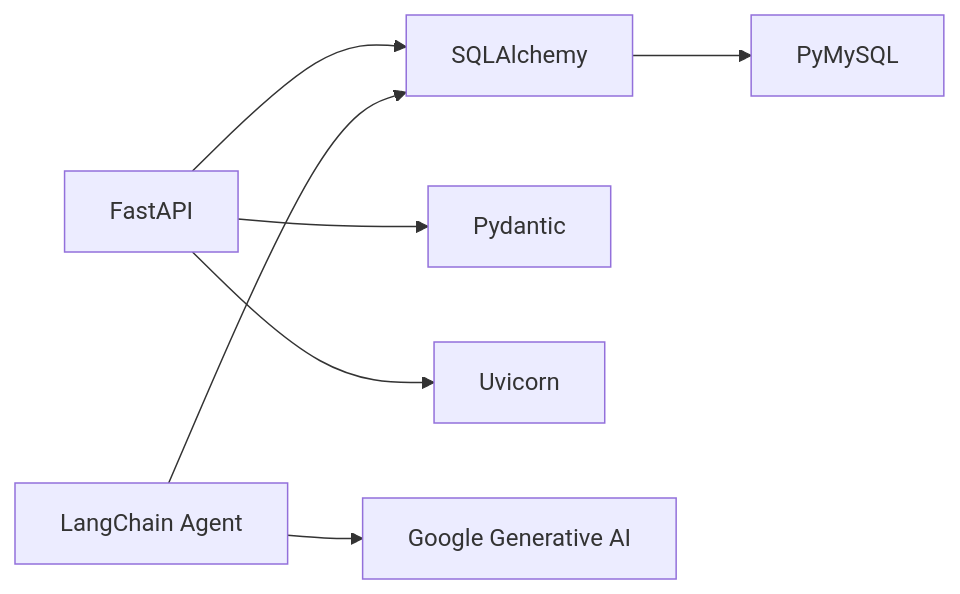
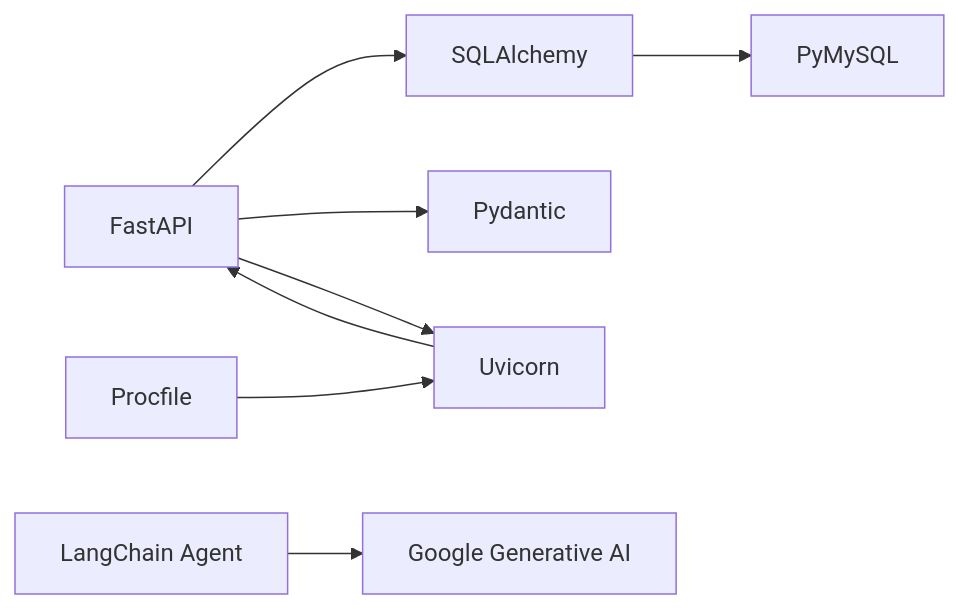
Before and after one commit to vinhle-HCMUT/MuseAmigo_API: the seventh of 7 diagrams in .qoder/repowiki/en/content/Deployment & Production.md, drawn with Mermaid. The commit also changed other lines of this file and 4 other files, not shown here.

````diff
--- a/.qoder/repowiki/en/content/Deployment & Production.md
+++ b/.qoder/repowiki/en/content/Deployment & Production.md
@@ -347,9 +387,10 @@
 ```mermaid
 graph LR
 FastAPI["FastAPI"] --> SQLA["SQLAlchemy"]
 FastAPI --> Pydantic["Pydantic"]
 FastAPI --> Uvicorn["Uvicorn"]
 SQLA --> PyMySQL["PyMySQL"]
 Agent["LangChain Agent"] --> Gemini["Google Generative AI"]
-Agent --> SQLA
+Proc["Procfile"] --> Uvicorn
+Uvicorn --> FastAPI
 ```
````
